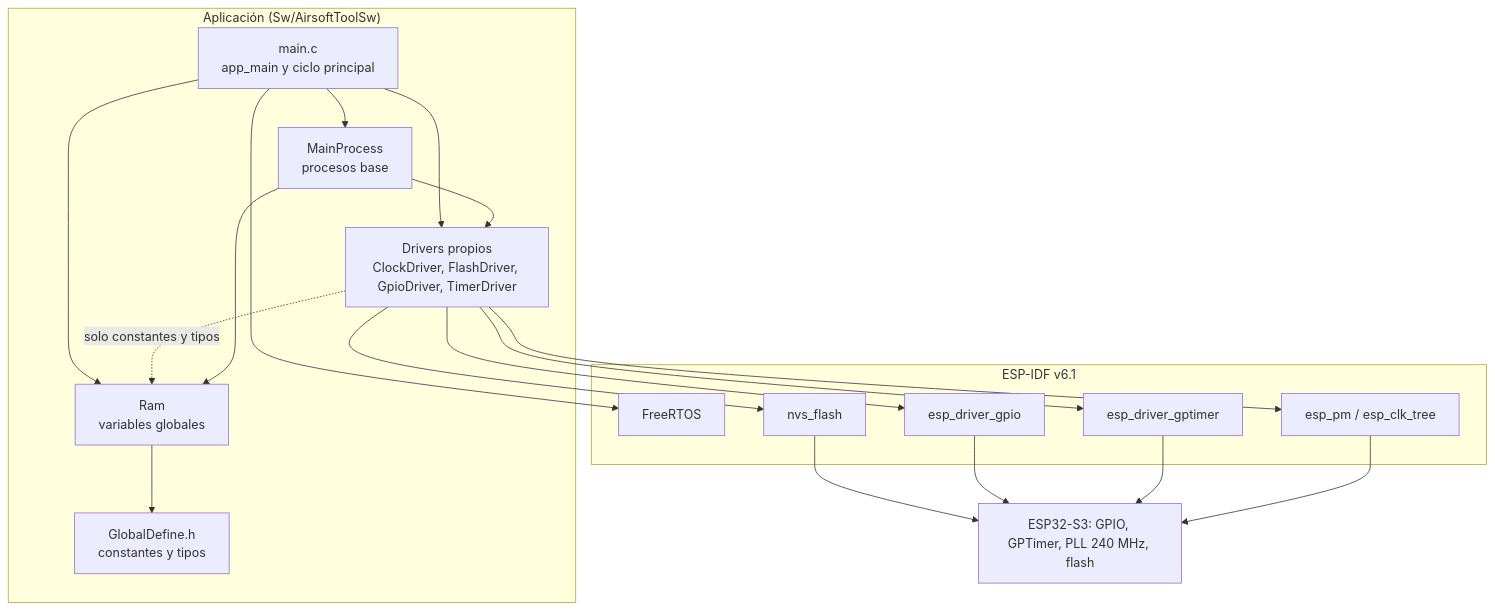
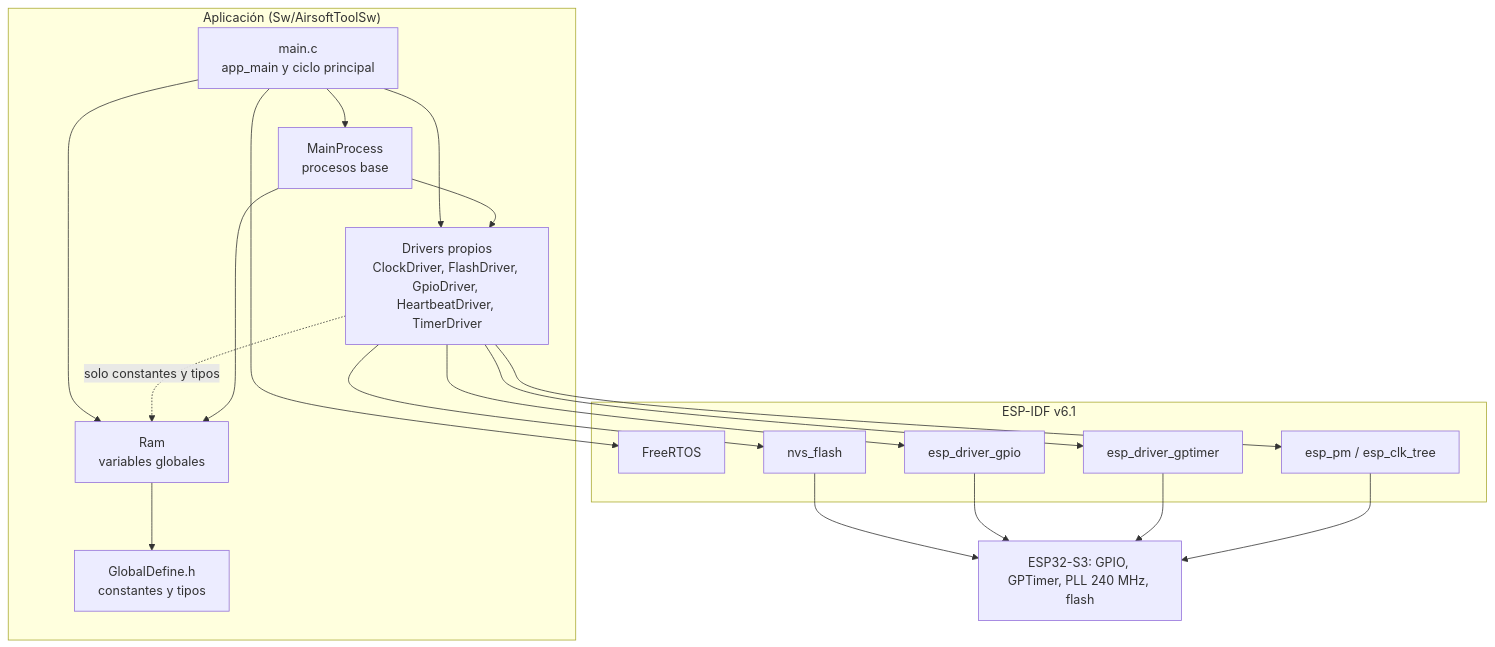
Before and after one commit to rodgutzal/Airsoft-MultipurposeGameModeTool: the first of 6 diagrams in Sw/README.md, drawn with Mermaid. The commit also changed other lines of this file and 12 other files, not shown here.

Commit message:
Agregar HeartbeatDriver (LED en GPIO43, ciclo de 1 s), SetGpioLevel y consola por USB-Serial-JTAG

````diff
--- a/Sw/README.md
+++ b/Sw/README.md
@@ -11,34 +11,34 @@
 ```mermaid
 flowchart TB
   subgraph APP["Aplicación (Sw/AirsoftToolSw)"]
     MAIN["main.c<br/>app_main y ciclo principal"]
     MP["MainProcess<br/>procesos base"]
     RAM["Ram<br/>variables globales"]
-    DRV["Drivers propios<br/>ClockDriver, FlashDriver, GpioDriver, TimerDriver"]
+    DRV["Drivers propios<br/>ClockDriver, FlashDriver, GpioDriver, HeartbeatDriver, TimerDriver"]
     GD["GlobalDefine.h<br/>constantes y tipos"]
   end
   subgraph IDF["ESP-IDF v6.1"]
     FR["FreeRTOS"]
     GPIO["esp_driver_gpio"]
     GPT["esp_driver_gptimer"]
     PM["esp_pm / esp_clk_tree"]
     NVS["nvs_flash"]
   end
   HW["ESP32-S3: GPIO, GPTimer, PLL 240 MHz, flash"]
   MAIN --> MP
   MAIN --> RAM
   MAIN --> DRV
   MP --> DRV
   DRV -. "solo constantes y tipos" .-> RAM
   MP --> RAM
   RAM --> GD
   DRV --> PM
   DRV --> GPIO
   DRV --> GPT
   DRV --> NVS
   NVS --> HW
   MAIN --> FR
   GPIO --> HW
   GPT --> HW
   PM --> HW
 ```
````
